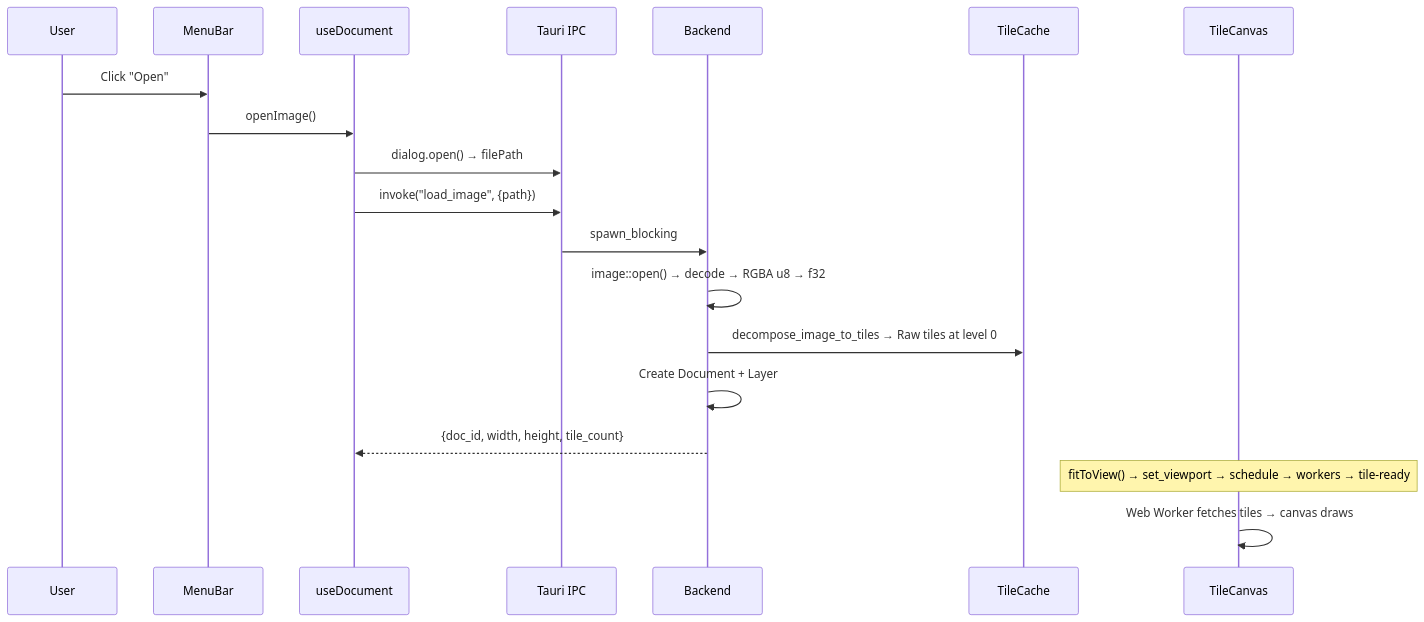
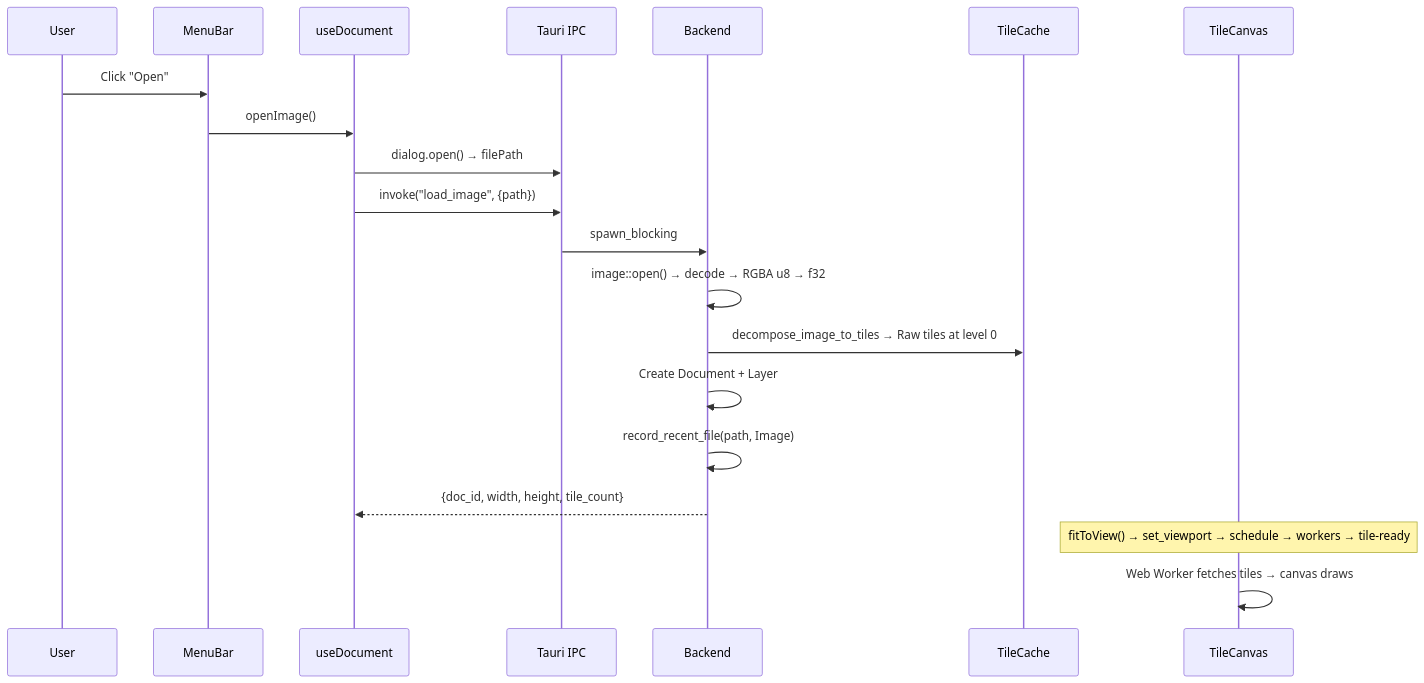
Before and after one commit to edrdavid1/dith-yuki: the sixth of 10 diagrams in ARCHITECTURE.md, drawn with Mermaid. The commit also changed other lines of this file and 127 other files, not shown here.

````diff
--- a/ARCHITECTURE.md
+++ b/ARCHITECTURE.md
@@ -1335,22 +1394,23 @@
 ```mermaid
 sequenceDiagram
     participant User
     participant MenuBar
     participant useDocument
     participant IPC as Tauri IPC
     participant Backend
     participant Cache as TileCache
     participant TileCanvas
 
     User->>MenuBar: Click "Open"
     MenuBar->>useDocument: openImage()
     useDocument->>IPC: dialog.open() → filePath
     useDocument->>IPC: invoke("load_image", {path})
     IPC->>Backend: spawn_blocking
     Backend->>Backend: image::open() → decode → RGBA u8 → f32
     Backend->>Cache: decompose_image_to_tiles → Raw tiles at level 0
     Backend->>Backend: Create Document + Layer
+    Backend->>Backend: record_recent_file(path, Image)
     Backend-->>useDocument: {doc_id, width, height, tile_count}
     Note over TileCanvas: fitToView() → set_viewport → schedule → workers → tile-ready
     TileCanvas->>TileCanvas: Web Worker fetches tiles → canvas draws
 ```
````
